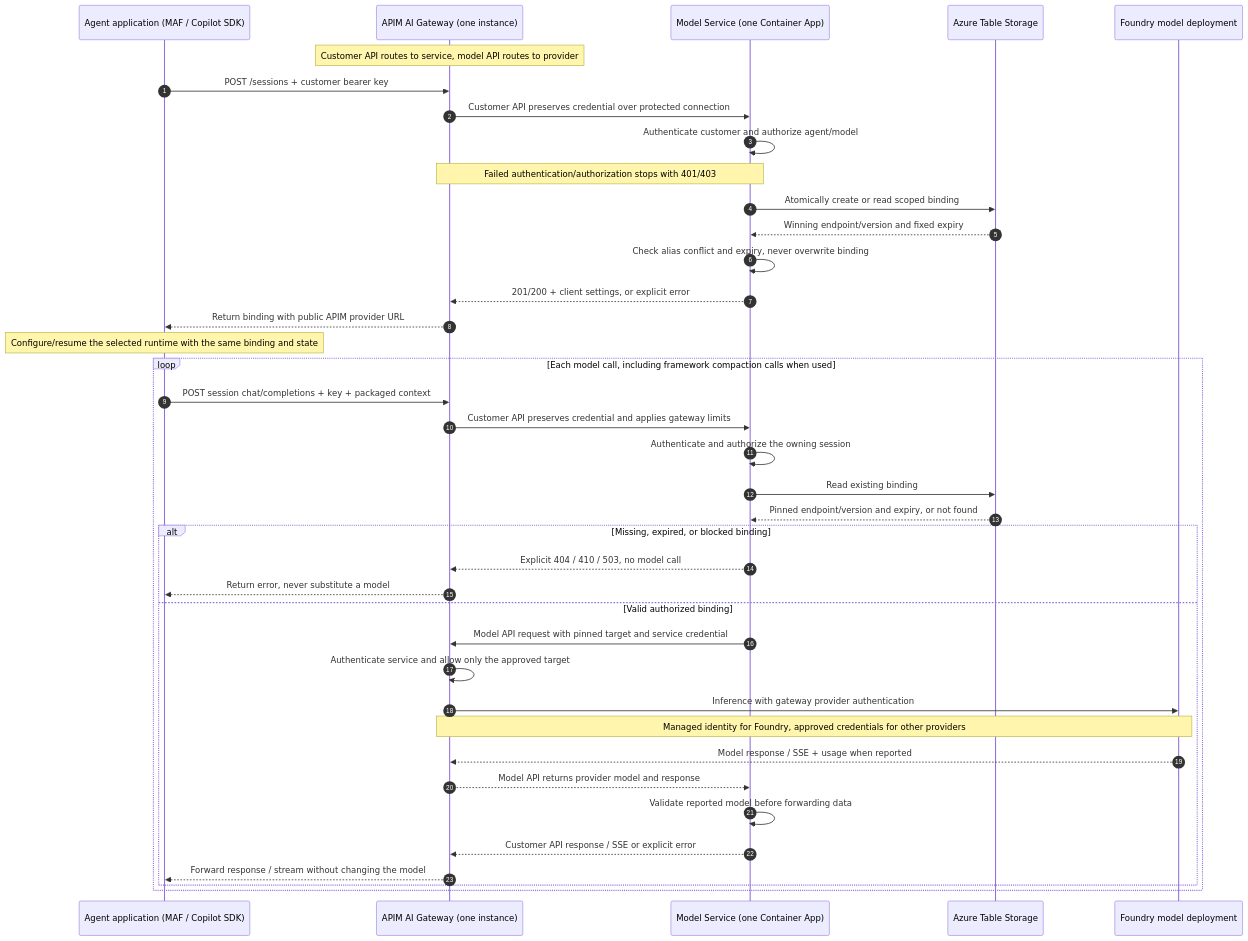
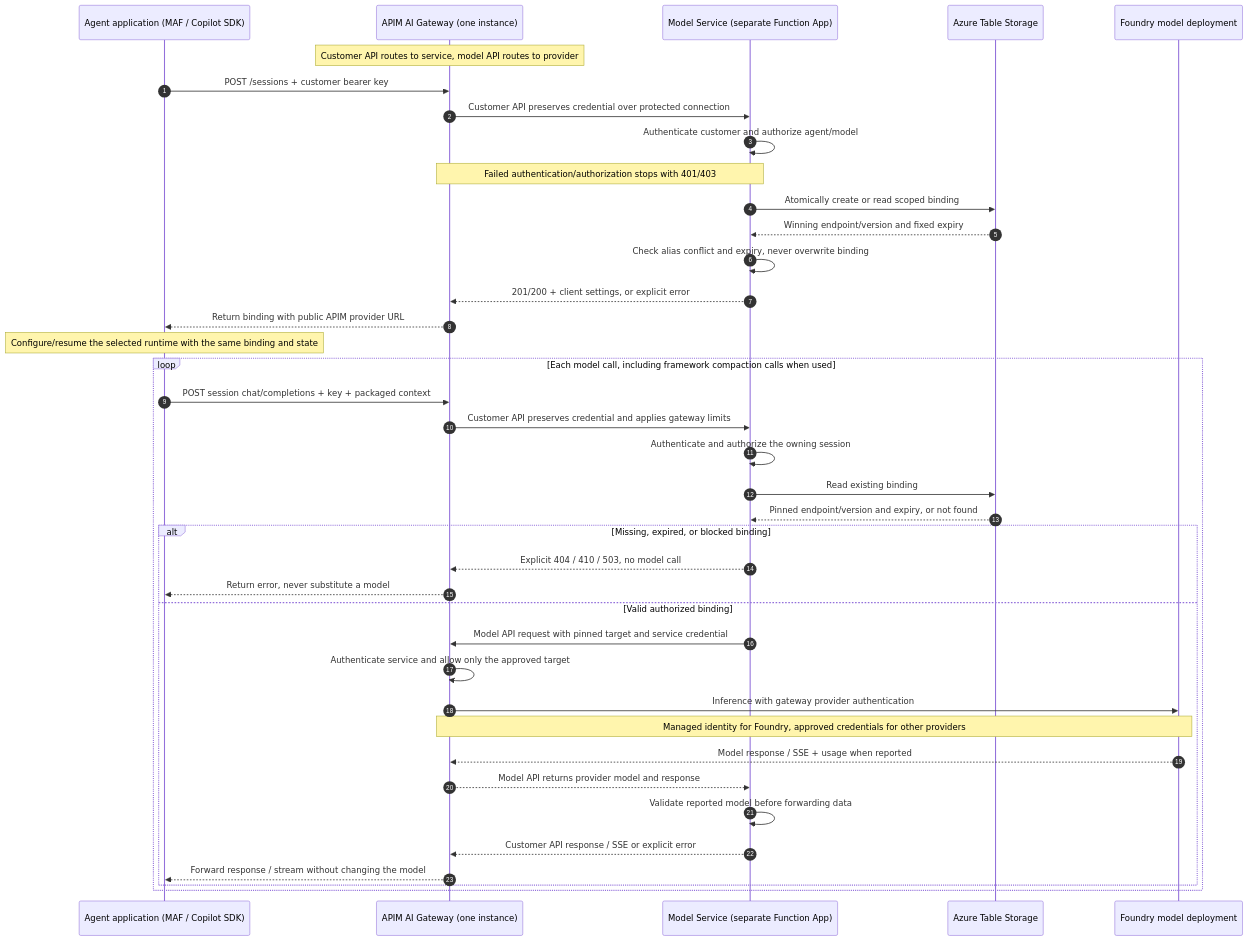
The second of 2 diagrams in MINIMAL-DESIGN.md (swapnil-nagar/model-service-pocs), drawn with Mermaid before and after one commit. The commit also changed other lines of this file and 4 other files, not shown here.

First line of the commit message:
Choose Function App hosting for the low-traffic model service

````diff
--- a/MINIMAL-DESIGN.md
+++ b/MINIMAL-DESIGN.md
@@ -226,43 +171,43 @@
 ```mermaid
 sequenceDiagram
     autonumber
     participant AGENT as Agent application (MAF / Copilot SDK)
     participant GW as APIM AI Gateway (one instance)
-    participant SVC as Model Service (one Container App)
+    participant SVC as Model Service (separate Function App)
     participant DB as Azure Table Storage
     participant MODEL as Foundry model deployment
 
     Note over GW: Customer API routes to service, model API routes to provider
     AGENT->>GW: POST /sessions + customer bearer key
     GW->>SVC: Customer API preserves credential over protected connection
     SVC->>SVC: Authenticate customer and authorize agent/model
     Note over GW,SVC: Failed authentication/authorization stops with 401/403
     SVC->>DB: Atomically create or read scoped binding
     DB-->>SVC: Winning endpoint/version and fixed expiry
     SVC->>SVC: Check alias conflict and expiry, never overwrite binding
     SVC-->>GW: 201/200 + client settings, or explicit error
     GW-->>AGENT: Return binding with public APIM provider URL
     Note over AGENT: Configure/resume the selected runtime with the same binding and state
 
     loop Each model call, including framework compaction calls when used
         AGENT->>GW: POST session chat/completions + key + packaged context
         GW->>SVC: Customer API preserves credential and applies gateway limits
         SVC->>SVC: Authenticate and authorize the owning session
         SVC->>DB: Read existing binding
         DB-->>SVC: Pinned endpoint/version and expiry, or not found
         alt Missing, expired, or blocked binding
             SVC-->>GW: Explicit 404 / 410 / 503, no model call
             GW-->>AGENT: Return error, never substitute a model
         else Valid authorized binding
             SVC->>GW: Model API request with pinned target and service credential
             GW->>GW: Authenticate service and allow only the approved target
             GW->>MODEL: Inference with gateway provider authentication
             Note over GW,MODEL: Managed identity for Foundry, approved credentials for other providers
             MODEL-->>GW: Model response / SSE + usage when reported
             GW-->>SVC: Model API returns provider model and response
             SVC->>SVC: Validate reported model before forwarding data
             SVC-->>GW: Customer API response / SSE or explicit error
             GW-->>AGENT: Forward response / stream without changing the model
         end
     end
 ```
````
